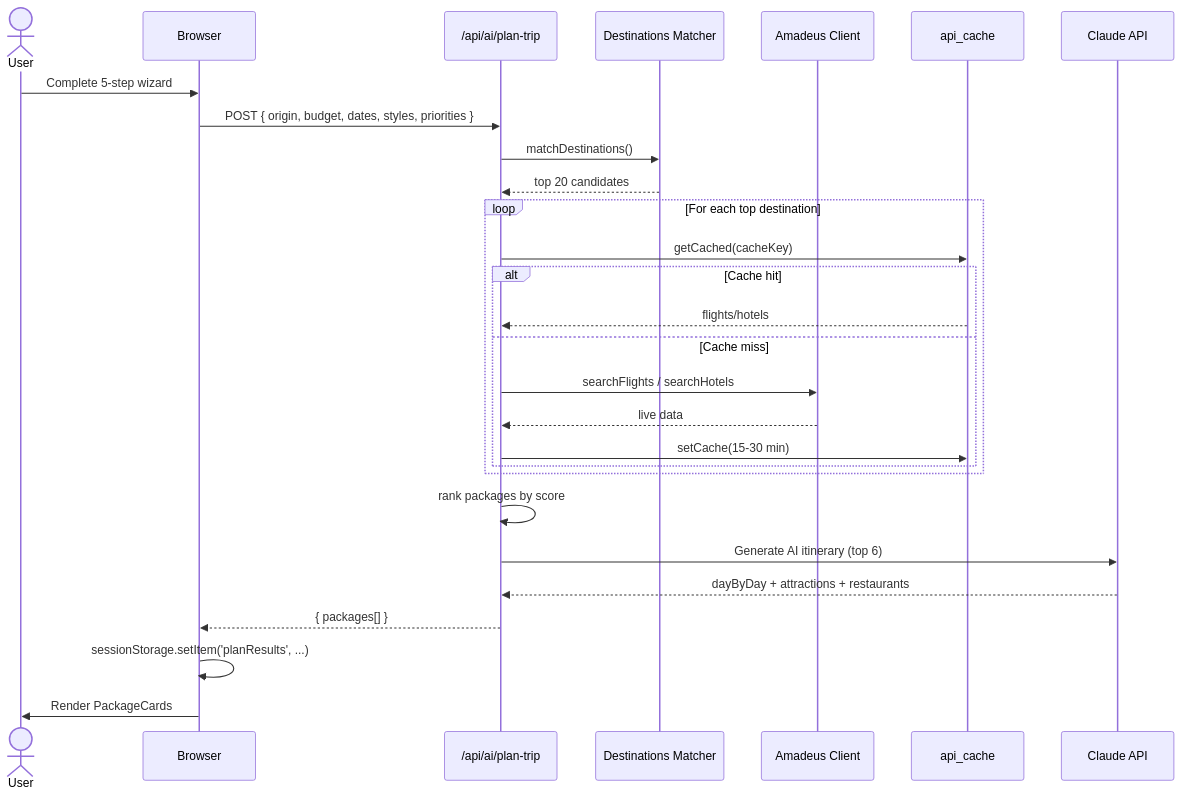
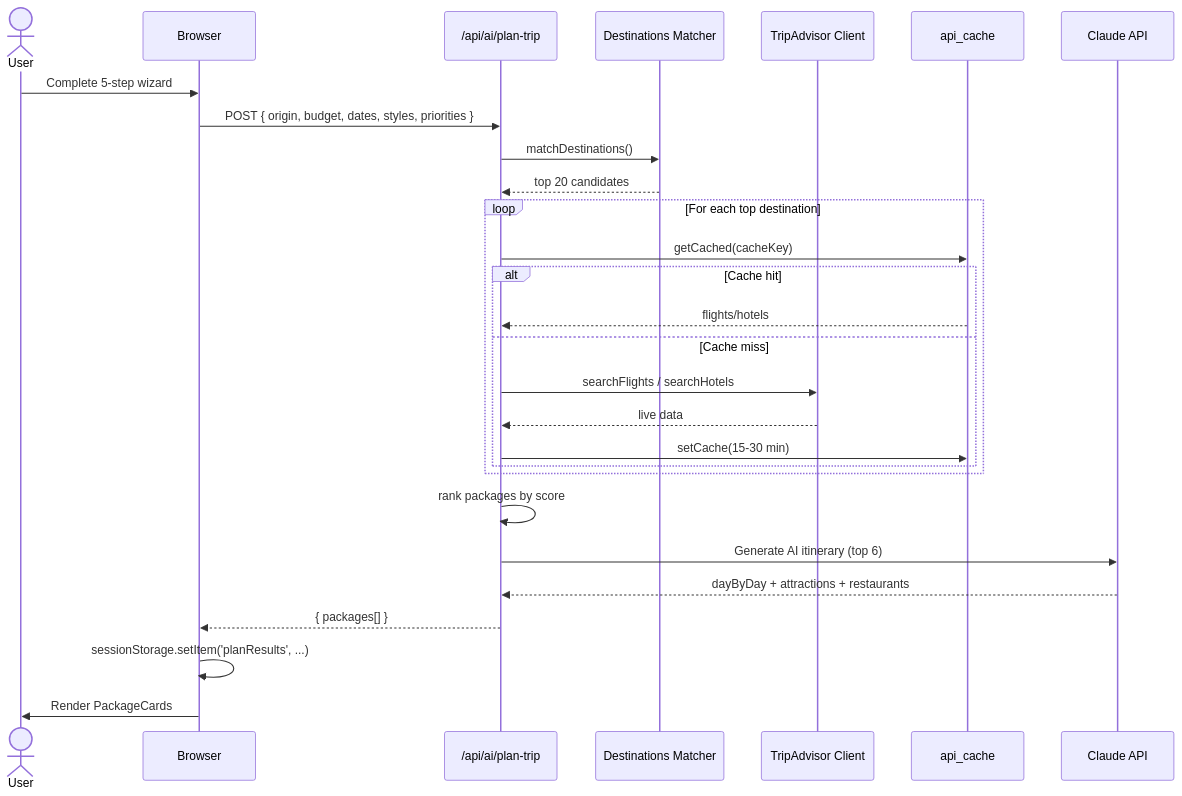
One commit to robertalc1/TravelTwin changed the fourth of 7 diagrams in docs/architecture.md. Above: the diagram before and after it, drawn with Mermaid. The commit also changed other lines of this file and 2 other files, not shown here.

First line of the commit message:
docs: scrub remaining Amadeus refs from thesis docs and architecture diagrams

````diff
--- a/docs/architecture.md
+++ b/docs/architecture.md
@@ -141,33 +146,33 @@
 ```mermaid
 sequenceDiagram
     actor U as User
     participant W as Browser
     participant API as /api/ai/plan-trip
     participant D as Destinations Matcher
-    participant A as Amadeus Client
+    participant A as TripAdvisor Client
     participant Cache as api_cache
     participant C as Claude API
 
     U->>W: Complete 5-step wizard
     W->>API: POST { origin, budget, dates, styles, priorities }
     API->>D: matchDestinations()
     D-->>API: top 20 candidates
 
     loop For each top destination
         API->>Cache: getCached(cacheKey)
         alt Cache hit
             Cache-->>API: flights/hotels
         else Cache miss
             API->>A: searchFlights / searchHotels
             A-->>API: live data
             API->>Cache: setCache(15-30 min)
         end
     end
 
     API->>API: rank packages by score
     API->>C: Generate AI itinerary (top 6)
     C-->>API: dayByDay + attractions + restaurants
     API-->>W: { packages[] }
     W->>W: sessionStorage.setItem('planResults', ...)
     W->>U: Render PackageCards
 ```
````
